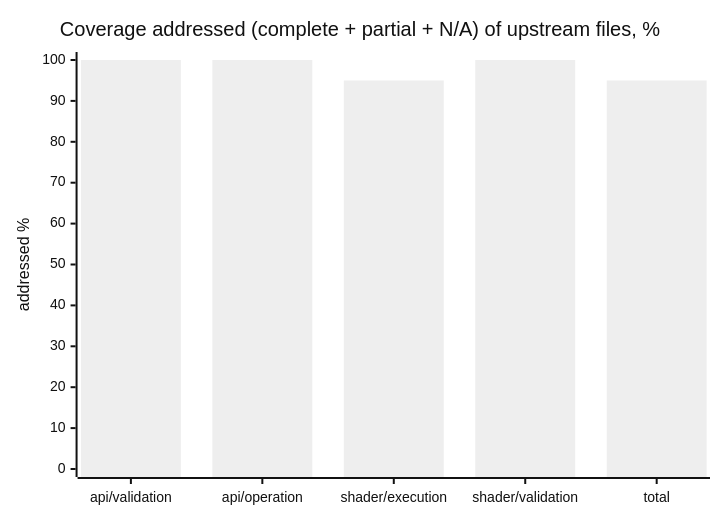
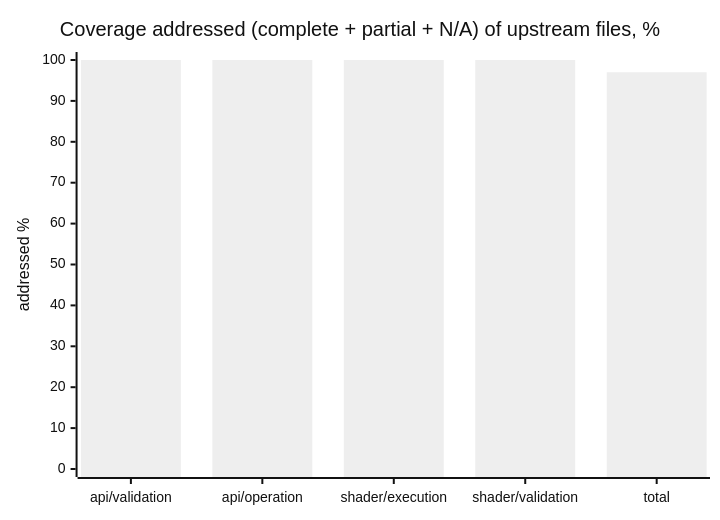
One commit to infosia/webgpu-native-cts changed the second of 2 diagrams in README.md. Above: the diagram before and after it, drawn with Mermaid (neutral theme). The commit also changed other lines of this file and 1 other file, not shown here.

````diff
--- a/README.md
+++ b/README.md
@@ -122,7 +122,7 @@
 ```mermaid
 xychart-beta
     title "Coverage addressed (complete + partial + N/A) of upstream files, %"
     x-axis ["api/validation", "api/operation", "shader/execution", "shader/validation", "total"]
     y-axis "addressed %" 0 --> 100
-    bar [100, 100, 95, 100, 95]
+    bar [100, 100, 100, 100, 97]
 ```
````
